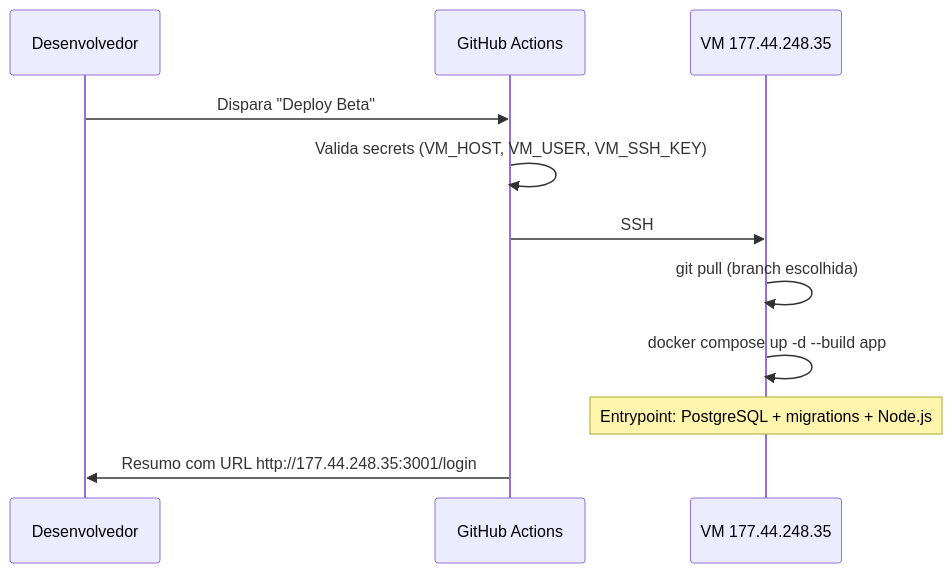
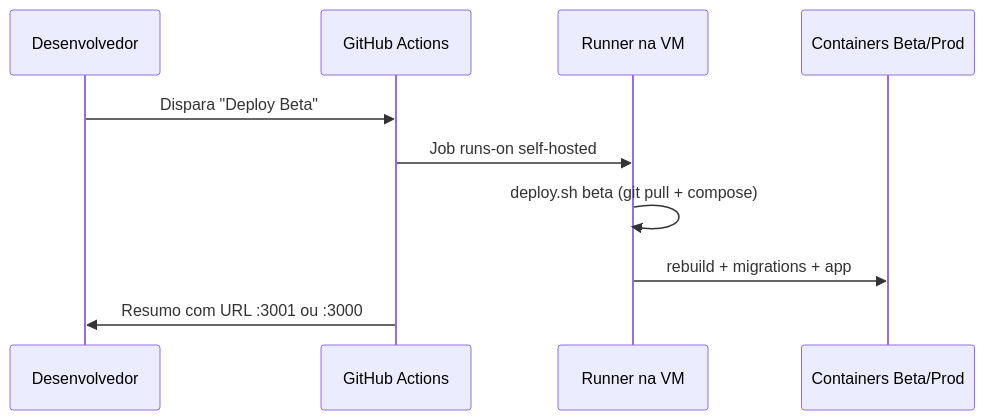
One commit to KelliGutterres/ReceitasGC changed the second of 3 diagrams in docs/PIPELINE-DEPLOY.md. Above: the diagram before and after it, drawn with Mermaid. The commit also changed other lines of this file and 4 other files, not shown here.

Commit message:
feat: deploy via self-hosted runner

````diff
--- a/docs/PIPELINE-DEPLOY.md
+++ b/docs/PIPELINE-DEPLOY.md
@@ -157,14 +160,13 @@
 ```mermaid
 sequenceDiagram
   participant Dev as Desenvolvedor
   participant GH as GitHub Actions
-  participant VM as VM 177.44.248.35
+  participant Runner as Runner na VM
+  participant Docker as Containers Beta/Prod
 
   Dev->>GH: Dispara "Deploy Beta"
-  GH->>GH: Valida secrets (VM_HOST, VM_USER, VM_SSH_KEY)
-  GH->>VM: SSH
-  VM->>VM: git pull (branch escolhida)
-  VM->>VM: docker compose up -d --build app
-  Note over VM: Entrypoint: PostgreSQL + migrations + Node.js
-  GH->>Dev: Resumo com URL http://177.44.248.35:3001/login
+  GH->>Runner: Job runs-on self-hosted
+  Runner->>Runner: deploy.sh beta (git pull + compose)
+  Runner->>Docker: rebuild + migrations + app
+  GH->>Dev: Resumo com URL :3001 ou :3000
 ```
````
